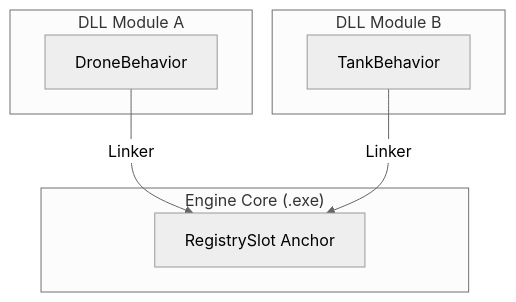
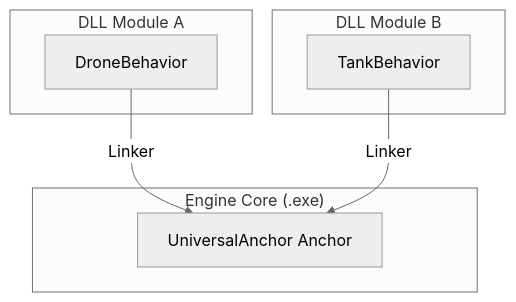
The third of 26 diagrams in talk/crg_architecture_talk.md (CT-74/CapabilityReconstructionGraph), drawn with Mermaid (neutral theme) before and after one commit. The commit also changed other lines of this file and 14 other files, not shown here.

Commit message:
naming : registryslot becomes universal anchor

````diff
--- a/talk/crg_architecture_talk.md
+++ b/talk/crg_architecture_talk.md
@@ -74,12 +74,12 @@
 ```mermaid
 graph TD
     subgraph "Engine Core (.exe)"
-        Slot["RegistrySlot Anchor"]
+        Slot["UniversalAnchor Anchor"]
     end
     subgraph "DLL Module A"
         Drone["DroneBehavior"] -- "Linker" --> Slot
     end
     subgraph "DLL Module B"
         Tank["TankBehavior"] -- "Linker" --> Slot
     end
 ```
````
